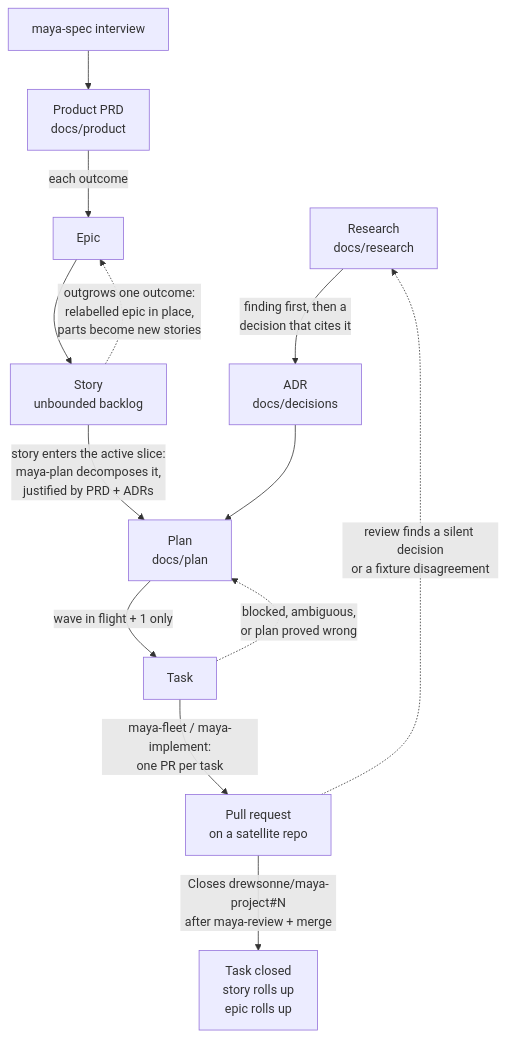
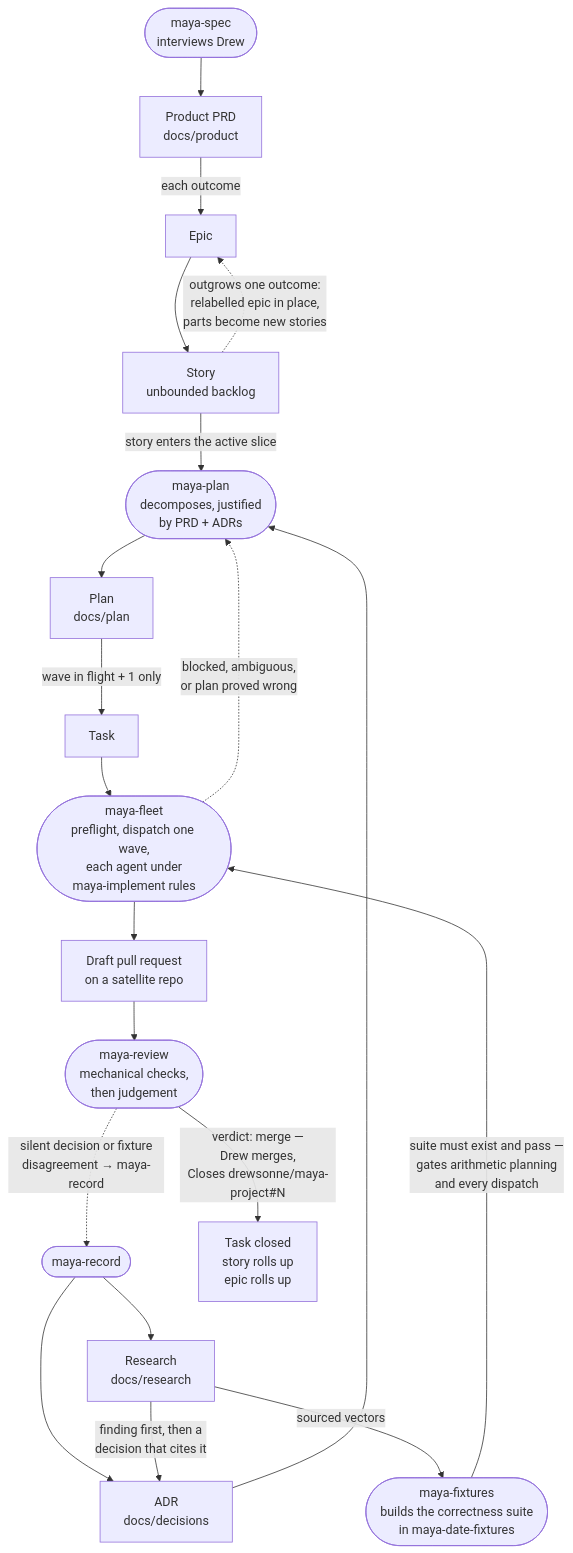
The diagram in README.md (drewsonne/maya-project), drawn with Mermaid before and after one commit. The commit also changed other lines of this file, not shown here.

Commit message:
docs: place all eight skills in the flow diagram
Skills as rounded nodes (the verbs), artifacts as rectangles (the
nouns): spec, record, plan, fixtures, fleet, review in the flow;
orient and implement called out as reader and rulebook.

````diff
--- a/README.md
+++ b/README.md
@@ -33,15 +37,22 @@
 ```mermaid
 flowchart TD
-    R[Research<br/>docs/research] -->|"finding first, then a<br/>decision that cites it"| A[ADR<br/>docs/decisions]
-    S[maya-spec interview] --> P[Product PRD<br/>docs/product]
+    SPEC([maya-spec<br/>interviews Drew]) --> P[Product PRD<br/>docs/product]
+    REC([maya-record]) --> R[Research<br/>docs/research]
+    REC --> A[ADR<br/>docs/decisions]
+    R -->|"finding first, then a<br/>decision that cites it"| A
     P -->|each outcome| E[Epic]
     E --> ST[Story<br/>unbounded backlog]
-    ST -->|"story enters the active slice:<br/>maya-plan decomposes it,<br/>justified by PRD + ADRs"| PL[Plan<br/>docs/plan]
-    A --> PL
+    ST -->|story enters the active slice| PLAN([maya-plan<br/>decomposes, justified<br/>by PRD + ADRs])
+    A --> PLAN
+    PLAN --> PL[Plan<br/>docs/plan]
     PL -->|"wave in flight + 1 only"| T[Task]
-    T -->|"maya-fleet / maya-implement:<br/>one PR per task"| PR[Pull request<br/>on a satellite repo]
-    PR -->|"Closes drewsonne/maya-project#N<br/>after maya-review + merge"| DONE[Task closed<br/>story rolls up<br/>epic rolls up]
+    R -->|sourced vectors| FIX([maya-fixtures<br/>builds the correctness suite<br/>in maya-date-fixtures])
+    FIX -->|"suite must exist and pass —<br/>gates arithmetic planning<br/>and every dispatch"| FLEET
+    T --> FLEET([maya-fleet<br/>preflight, dispatch one wave,<br/>each agent under<br/>maya-implement rules])
+    FLEET --> PR[Draft pull request<br/>on a satellite repo]
+    PR --> REV([maya-review<br/>mechanical checks,<br/>then judgement])
+    REV -->|"verdict: merge —<br/>Drew merges,<br/>Closes drewsonne/maya-project#N"| DONE[Task closed<br/>story rolls up<br/>epic rolls up]
     ST -.->|"outgrows one outcome:<br/>relabelled epic in place,<br/>parts become new stories"| E
-    PR -.->|"review finds a silent decision<br/>or a fixture disagreement"| R
-    T -.->|"blocked, ambiguous,<br/>or plan proved wrong"| PL
+    REV -.->|"silent decision or fixture<br/>disagreement → maya-record"| REC
+    FLEET -.->|"blocked, ambiguous,<br/>or plan proved wrong"| PLAN
 ```
````
